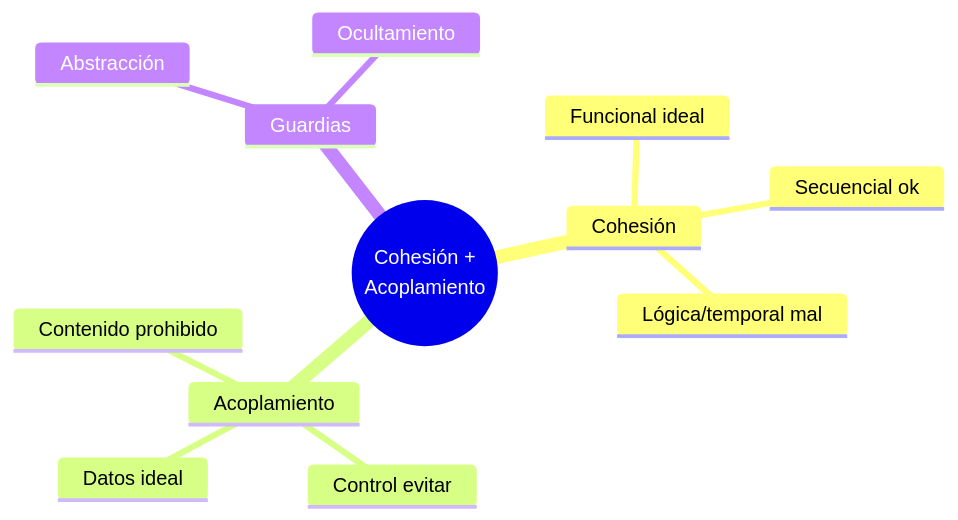
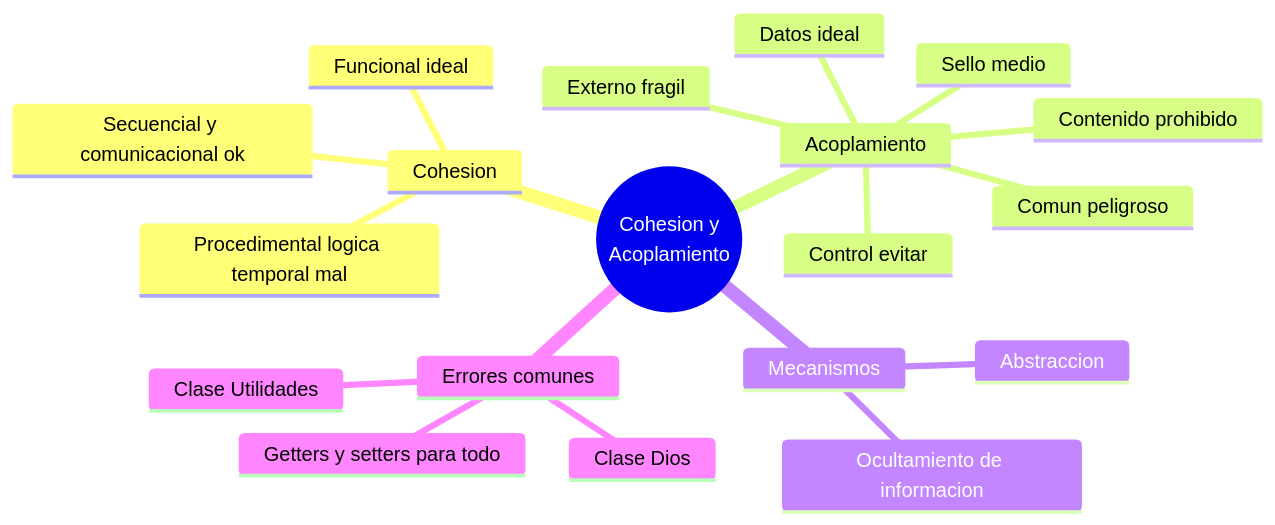
The third of 3 diagrams in Universidad/3er Semestre/Diseño de Software/Unidad 1 - Introducción al diseño/02 - Principios de diseño, cohesión y acoplamiento.md (Fsteven22/Notas-de-Universidad-Freddy-Sanchez-), drawn with Mermaid before and after one commit. The commit also changed other lines of this file and 40 other files, not shown here.

````diff
--- a/Universidad/3er Semestre/Diseño de Software/Unidad 1 - Introducción al diseño/02 - Principios de diseño, cohesión y acoplamiento.md
+++ b/Universidad/3er Semestre/Diseño de Software/Unidad 1 - Introducción al diseño/02 - Principios de diseño, cohesión y acoplamiento.md
@@ -155,15 +402,22 @@
 ```mermaid
 mindmap
-  root((Cohesión +<br/>Acoplamiento))
-    Cohesión
+  root(("Cohesion y<br/>Acoplamiento"))
+    Cohesion
       Funcional ideal
-      Secuencial ok
-      Lógica/temporal mal
+      Secuencial y comunicacional ok
+      Procedimental logica temporal mal
     Acoplamiento
       Datos ideal
+      Sello medio
       Control evitar
+      Externo fragil
+      Comun peligroso
       Contenido prohibido
-    Guardias
-      Abstracción
-      Ocultamiento
+    Mecanismos
+      Abstraccion
+      Ocultamiento de informacion
+    Errores comunes
+      Clase Utilidades
+      Getters y setters para todo
+      Clase Dios
 ```
````
